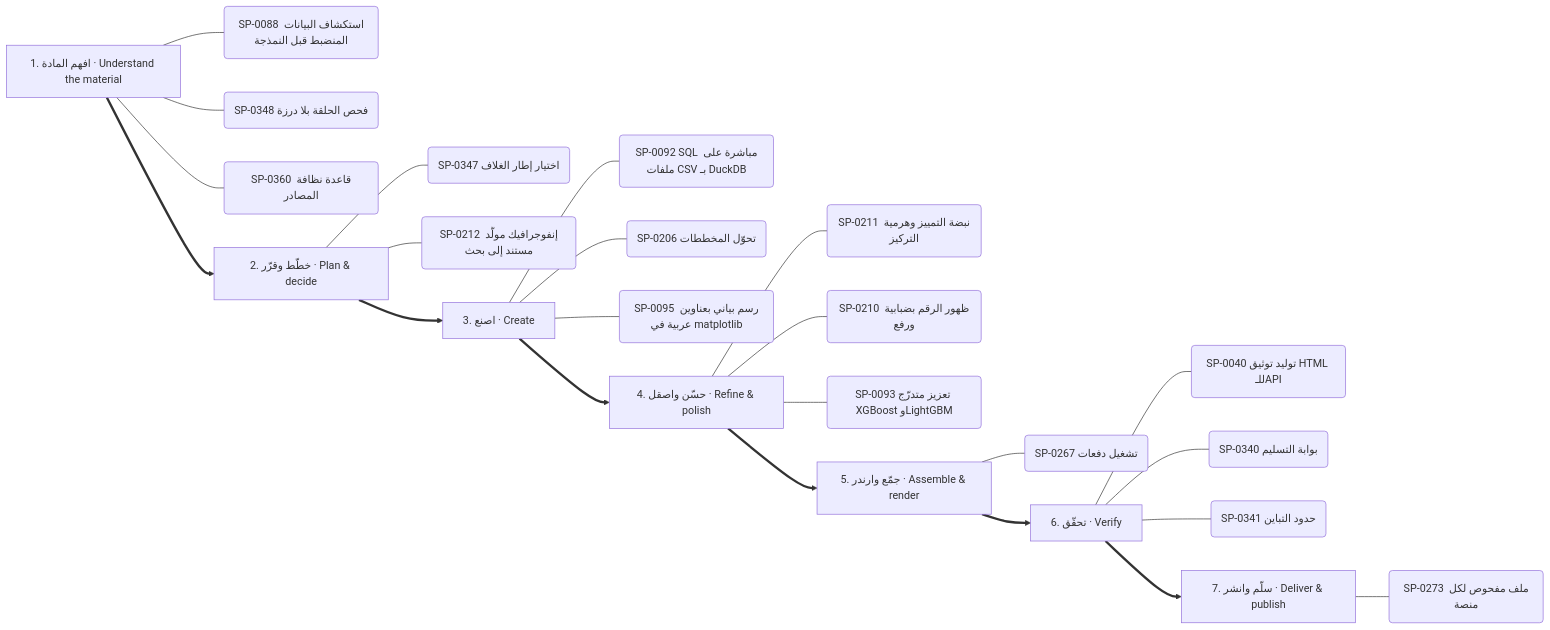
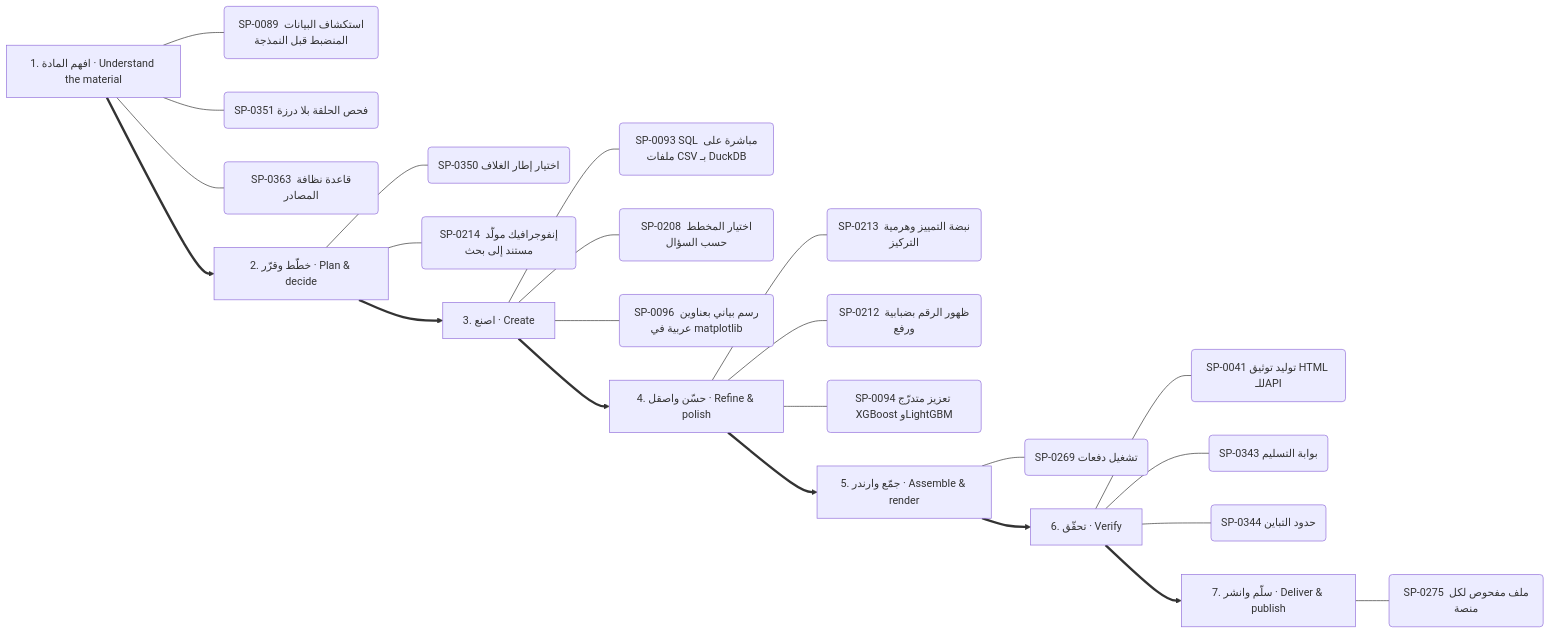
One commit to kosif199022-jpg/kosif-tool changed diagram 12 of 13 in .claude/skills/kosif-superpowers/references/capability-mindmap.md. Above: the diagram before and after it, drawn with Mermaid. The commit also changed other lines of this file and 48 other files, not shown here.

````diff
--- a/.claude/skills/kosif-superpowers/references/capability-mindmap.md
+++ b/.claude/skills/kosif-superpowers/references/capability-mindmap.md
@@ -592,32 +592,32 @@
 ```mermaid
 flowchart LR
   S0["1. افهم المادة · Understand the material"]
-  S0 --- S0_0("SP-0088 استكشاف البيانات المنضبط قبل النمذجة")
-  S0 --- S0_1("SP-0348 فحص الحلقة بلا درزة")
-  S0 --- S0_2("SP-0360 قاعدة نظافة المصادر")
+  S0 --- S0_0("SP-0089 استكشاف البيانات المنضبط قبل النمذجة")
+  S0 --- S0_1("SP-0351 فحص الحلقة بلا درزة")
+  S0 --- S0_2("SP-0363 قاعدة نظافة المصادر")
   S1["2. خطّط وقرّر · Plan & decide"]
-  S1 --- S1_0("SP-0347 اختيار إطار الغلاف")
-  S1 --- S1_1("SP-0212 إنفوجرافيك مولَّد مستند إلى بحث")
+  S1 --- S1_0("SP-0350 اختيار إطار الغلاف")
+  S1 --- S1_1("SP-0214 إنفوجرافيك مولَّد مستند إلى بحث")
   S0 ==> S1
   S2["3. اصنع · Create"]
-  S2 --- S2_0("SP-0092 SQL مباشرة على ملفات CSV بـ DuckDB")
-  S2 --- S2_1("SP-0206 تحوّل المخططات")
-  S2 --- S2_2("SP-0095 رسم بياني بعناوين عربية في matplotlib")
+  S2 --- S2_0("SP-0093 SQL مباشرة على ملفات CSV بـ DuckDB")
+  S2 --- S2_1("SP-0208 اختيار المخطط حسب السؤال")
+  S2 --- S2_2("SP-0096 رسم بياني بعناوين عربية في matplotlib")
   S1 ==> S2
   S3["4. حسّن واصقل · Refine & polish"]
-  S3 --- S3_0("SP-0211 نبضة التمييز وهرمية التركيز")
-  S3 --- S3_1("SP-0210 ظهور الرقم بضبابية ورفع")
-  S3 --- S3_2("SP-0093 تعزيز متدرّج XGBoost وLightGBM")
+  S3 --- S3_0("SP-0213 نبضة التمييز وهرمية التركيز")
+  S3 --- S3_1("SP-0212 ظهور الرقم بضبابية ورفع")
+  S3 --- S3_2("SP-0094 تعزيز متدرّج XGBoost وLightGBM")
   S2 ==> S3
   S4["5. جمّع وارندر · Assemble & render"]
-  S4 --- S4_0("SP-0267 تشغيل دفعات")
+  S4 --- S4_0("SP-0269 تشغيل دفعات")
   S3 ==> S4
   S5["6. تحقّق · Verify"]
-  S5 --- S5_0("SP-0040 توليد توثيق HTML للـAPI")
-  S5 --- S5_1("SP-0340 بوابة التسليم")
-  S5 --- S5_2("SP-0341 حدود التباين")
+  S5 --- S5_0("SP-0041 توليد توثيق HTML للـAPI")
+  S5 --- S5_1("SP-0343 بوابة التسليم")
+  S5 --- S5_2("SP-0344 حدود التباين")
   S4 ==> S5
   S6["7. سلّم وانشر · Deliver & publish"]
-  S6 --- S6_0("SP-0273 ملف مفحوص لكل منصة")
+  S6 --- S6_0("SP-0275 ملف مفحوص لكل منصة")
   S5 ==> S6
 ```
````
